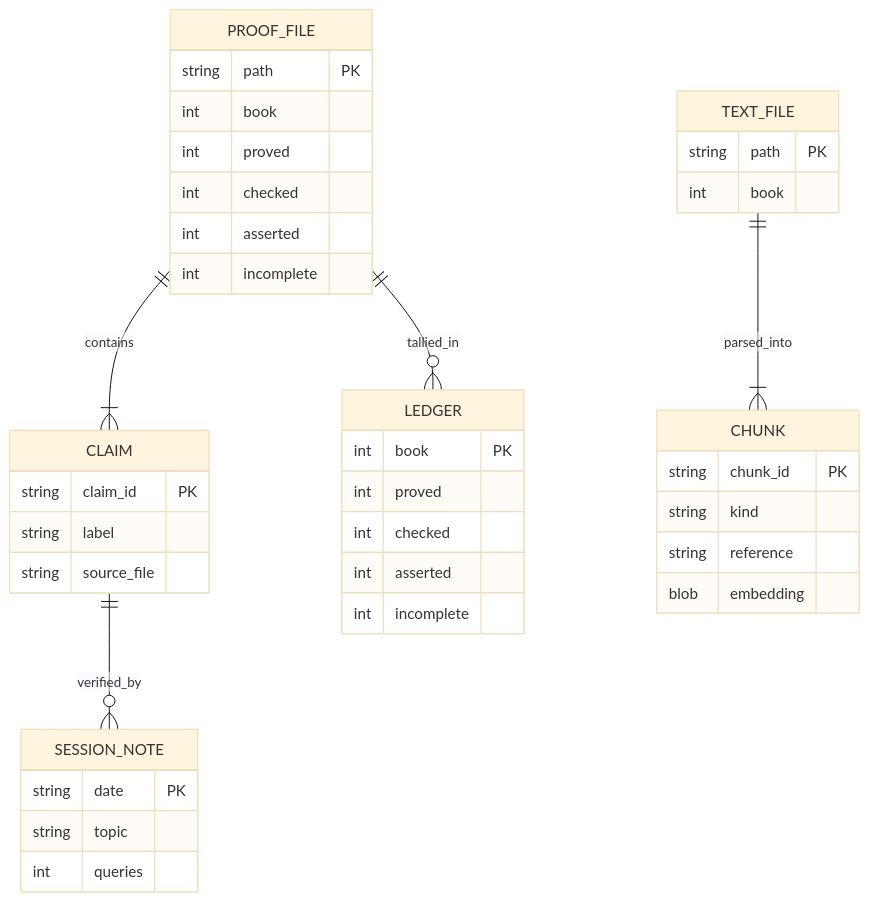
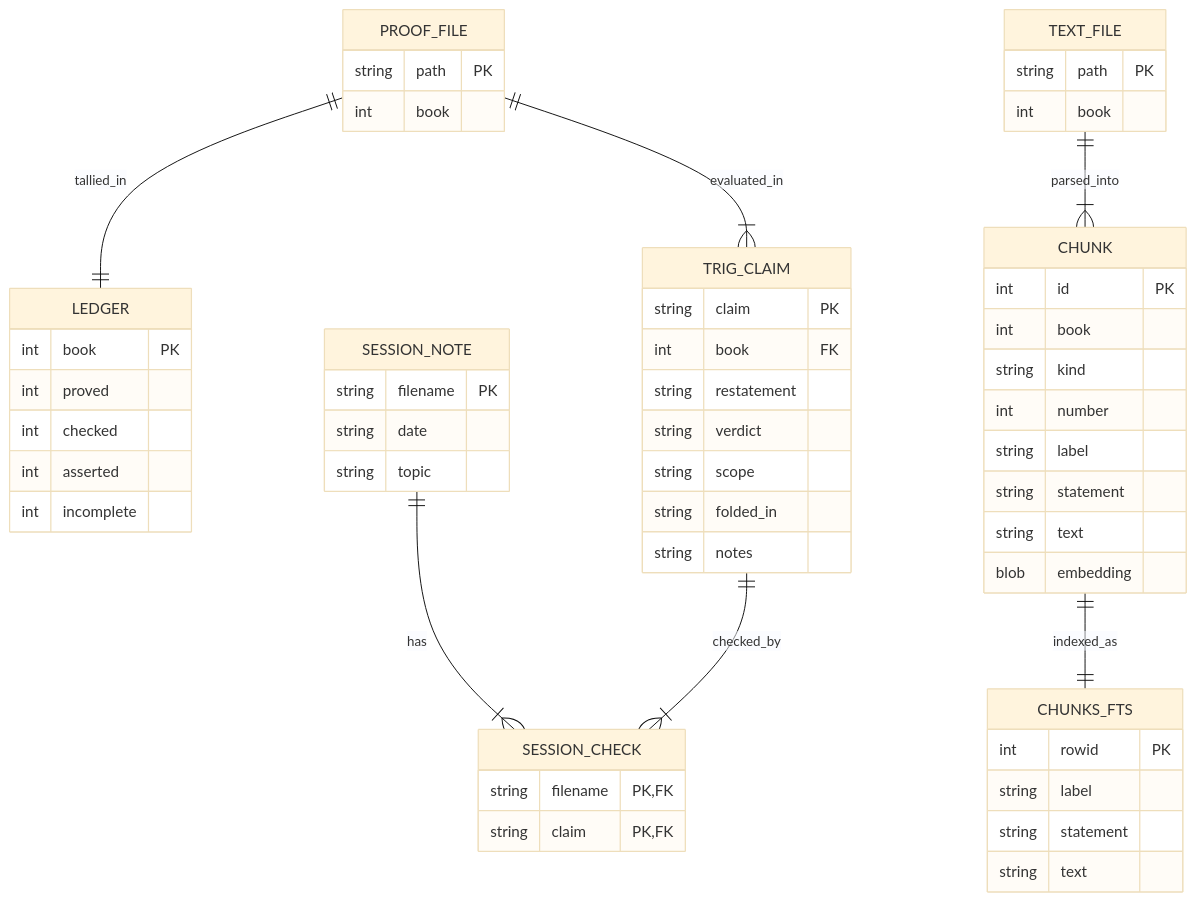
The third of 3 diagrams in docs/architecture.md (cosbykit-afk/euclid-proofs), drawn with Mermaid (base theme) before and after one commit. The commit also changed other lines of this file, not shown here.

Commit message:
docs: improve architecture diagrams — grounded context, DFD, and ERD

````diff
--- a/docs/architecture.md
+++ b/docs/architecture.md
@@ -63,42 +86,58 @@
 ```mermaid
 erDiagram
-    PROOF_FILE ||--|{ CLAIM : contains
+    PROOF_FILE ||--|| LEDGER : tallied_in
     PROOF_FILE {
         string path PK
         int book
-        int proved
-        int checked
-        int asserted
-        int incomplete
     }
-    CLAIM {
-        string claim_id PK
-        string label
-        string source_file
-    }
-    PROOF_FILE ||--o{ LEDGER : tallied_in
     LEDGER {
         int book PK
         int proved
         int checked
         int asserted
         int incomplete
     }
+    PROOF_FILE ||--|{ TRIG_CLAIM : evaluated_in
+    TRIG_CLAIM {
+        string claim PK
+        int book FK
+        string restatement
+        string verdict
+        string scope
+        string folded_in
+        string notes
+    }
     TEXT_FILE ||--|{ CHUNK : parsed_into
     TEXT_FILE {
         string path PK
         int book
     }
     CHUNK {
-        string chunk_id PK
+        int id PK
+        int book
         string kind
-        string reference
+        int number
+        string label
+        string statement
+        string text
         blob embedding
     }
-    CLAIM ||--o{ SESSION_NOTE : verified_by
+    CHUNK ||--|| CHUNKS_FTS : indexed_as
+    CHUNKS_FTS {
+        int rowid PK
+        string label
+        string statement
+        string text
+    }
+    SESSION_NOTE ||--|{ SESSION_CHECK : has
     SESSION_NOTE {
-        string date PK
+        string filename PK
+        string date
         string topic
-        int queries
+    }
+    TRIG_CLAIM ||--|{ SESSION_CHECK : checked_by
+    SESSION_CHECK {
+        string filename PK, FK
+        string claim PK, FK
     }
 ```
````
